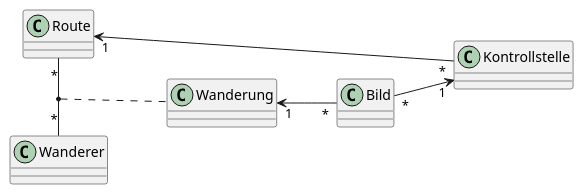
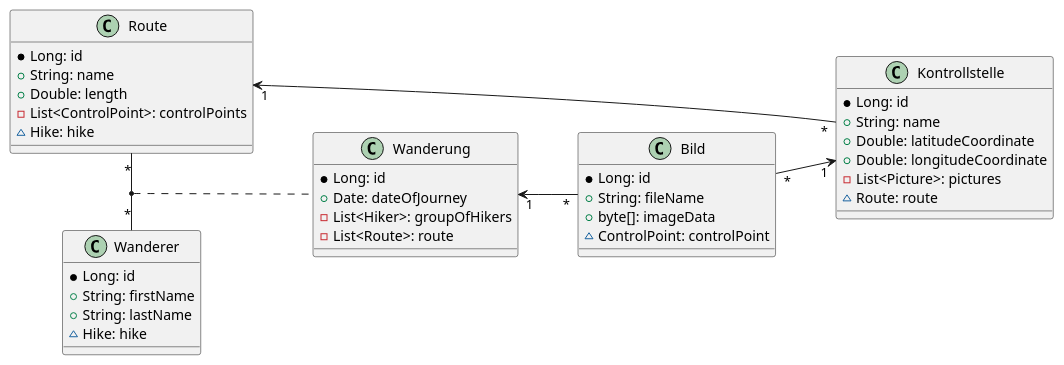
The diagram in asciidocs/plantuml/uml.puml (htl-leonding-project/primeval-forest-route), drawn with PlantUML before and after one commit. The commit also changed 1 other file, not shown here.

Commit message:
kalinke - uml diagram updated with attributes

```diff
--- a/asciidocs/plantuml/uml.puml
+++ b/asciidocs/plantuml/uml.puml
@@ -1,31 +1,50 @@
 @startuml
 left to right direction
 class Kontrollstelle {
-
+    * Long: id
+    + String: name
+    + Double: latitudeCoordinate
+    + Double: longitudeCoordinate
+    - List<Picture>: pictures
+    ~ Route: route
 }
 
 class Route {
-
+    * Long: id
+    + String: name
+    + Double: length
+    - List<ControlPoint>: controlPoints
+    ~ Hike: hike
 }
 
 class Wanderung {
+    * Long: id
+    + Date: dateOfJourney
+    - List<Hiker>: groupOfHikers
+    - List<Route>: route
 }
 
 class Wanderer {
-
+    * Long: id
+    + String: firstName
+    + String: lastName
+    ~ Hike: hike
 }
 
 class Bild {
-
+    * Long: id
+    + String: fileName
+    + byte[]: imageData
+    ~ ControlPoint: controlPoint
 }
 
 Bild "*" --> "1" Kontrollstelle
 
 Kontrollstelle "*" --> "1" Route
 
 Route "*" - "*" Wanderer
 (Route, Wanderer) .. Wanderung
 
 
 Wanderung "1" <-- "*" Bild
 @enduml
```
